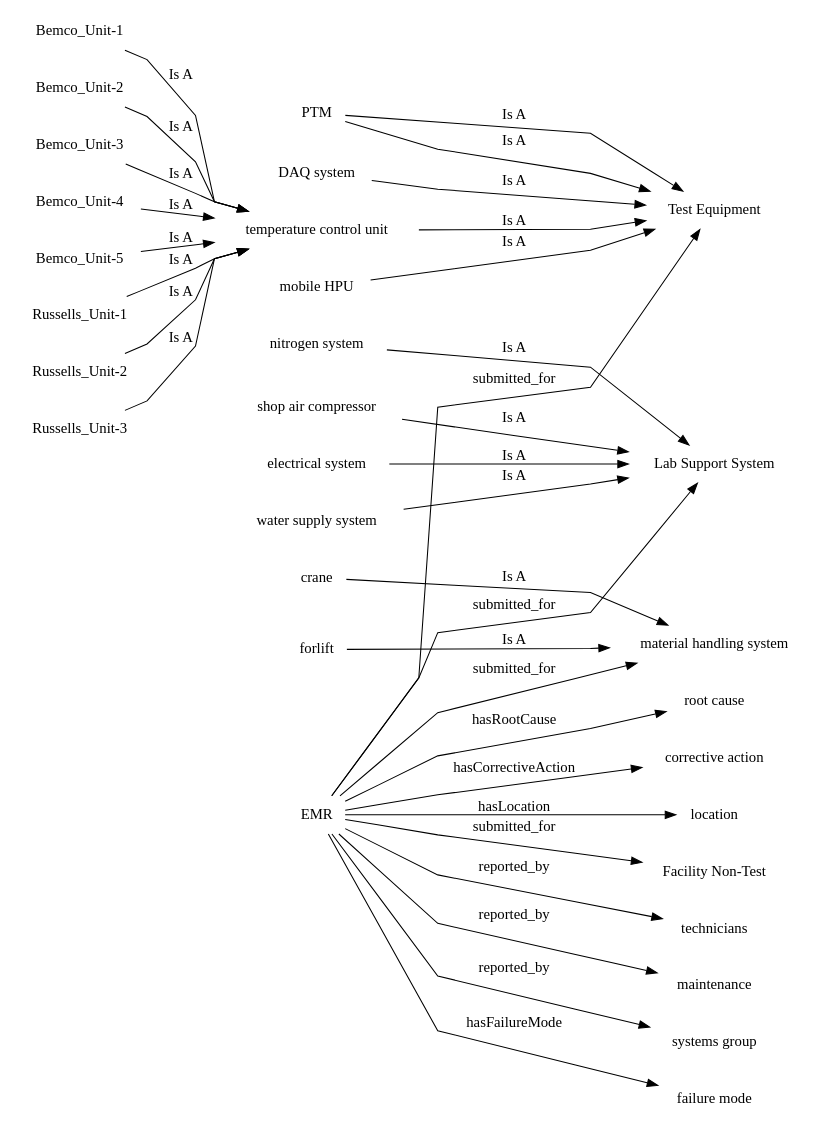
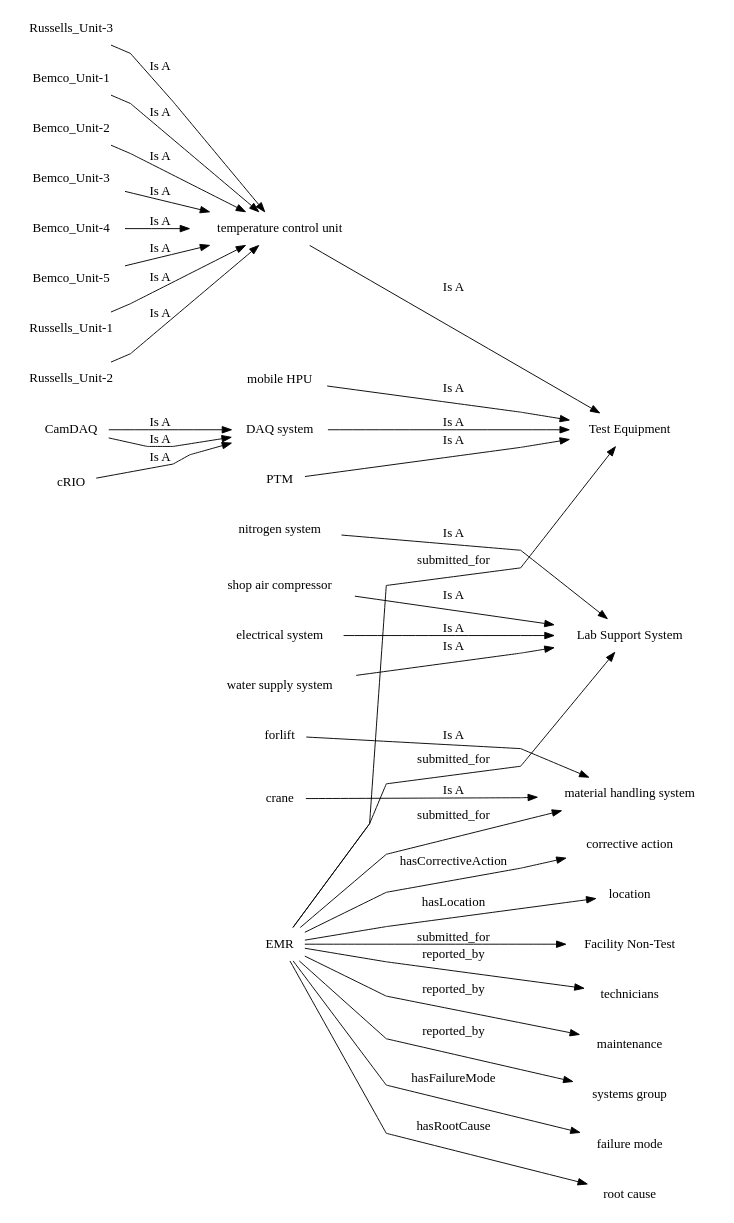
One commit to DJimmie/graph-theory-applications changed the diagram in basics/test-output/round-table.gv. Above: the diagram before and after it, drawn with Graphviz. The commit also changed 3 other files, not shown here.

Commit message:
update to emr graph

```diff
--- a/basics/test-output/round-table.gv
+++ b/basics/test-output/round-table.gv
@@ -1,36 +1,38 @@
 // The Round Table
 digraph {
 	graph [landscape=False rankdir=LR size="20,16" splines=polyline]
 	node [color=white style=filled]
 	node [shape=plaintext]
 	EMR -> "Test Equipment" [label=submitted_for]
 	EMR -> "Lab Support System" [label=submitted_for]
 	EMR -> "material handling system" [label=submitted_for]
 	EMR -> technicians [label=reported_by]
 	EMR -> maintenance [label=reported_by]
 	EMR -> "systems group" [label=reported_by]
 	EMR -> "failure mode" [label=hasFailureMode]
 	EMR -> "root cause" [label=hasRootCause]
 	EMR -> "corrective action" [label=hasCorrectiveAction]
 	EMR -> location [label=hasLocation]
 	EMR -> "Facility Non-Test" [label=submitted_for]
 	"nitrogen system" -> "Lab Support System" [label="Is A"]
 	"shop air compressor" -> "Lab Support System" [label="Is A"]
 	"electrical system" -> "Lab Support System" [label="Is A"]
 	"water supply system" -> "Lab Support System" [label="Is A"]
 	"temperature control unit" -> "Test Equipment" [label="Is A"]
 	"mobile HPU" -> "Test Equipment" [label="Is A"]
 	forlift -> "material handling system" [label="Is A"]
 	crane -> "material handling system" [label="Is A"]
 	"DAQ system" -> "Test Equipment" [label="Is A"]
 	"Bemco_Unit-1" -> "temperature control unit" [label="Is A"]
 	"Bemco_Unit-2" -> "temperature control unit" [label="Is A"]
 	"Bemco_Unit-3" -> "temperature control unit" [label="Is A"]
 	"Bemco_Unit-4" -> "temperature control unit" [label="Is A"]
 	"Bemco_Unit-5" -> "temperature control unit" [label="Is A"]
 	"Russells_Unit-1" -> "temperature control unit" [label="Is A"]
 	"Russells_Unit-2" -> "temperature control unit" [label="Is A"]
 	"Russells_Unit-3" -> "temperature control unit" [label="Is A"]
 	PTM -> "Test Equipment" [label="Is A"]
-	PTM -> "Test Equipment" [label="Is A"]
+	cRIO -> "DAQ system" [label="Is A"]
+	CamDAQ -> "DAQ system" [label="Is A"]
+	CamDAQ -> "DAQ system" [label="Is A"]
 }
```
